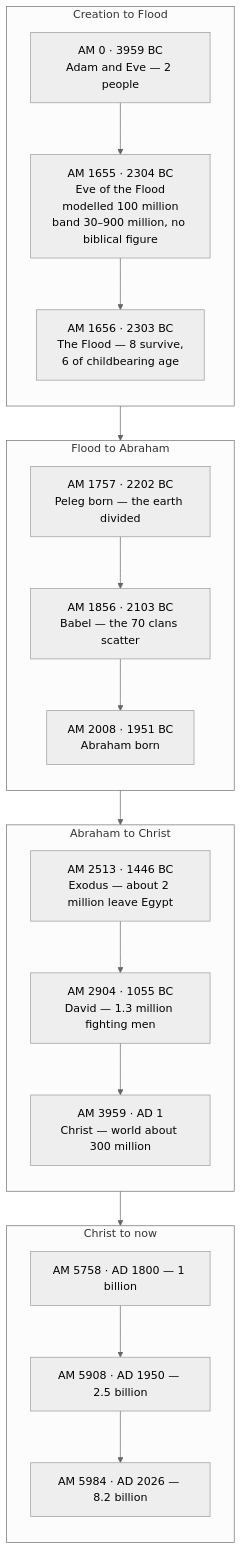
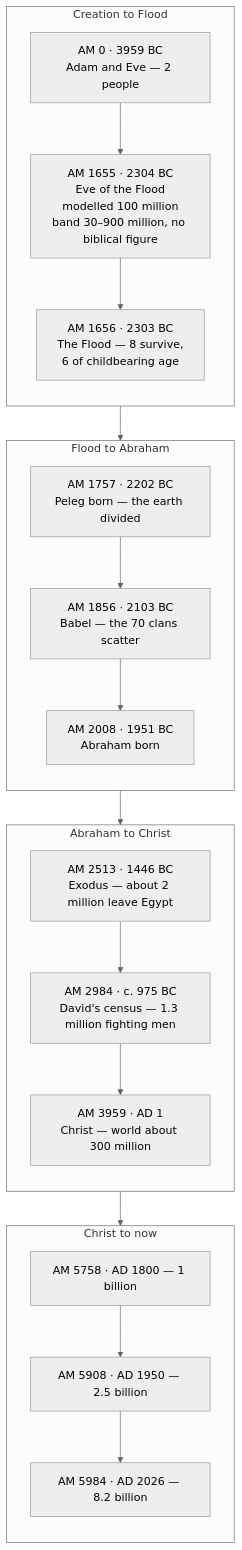
One commit to ding0t/bible_studies changed the first of 3 diagrams in docs/content/god/world-population-declares-gods-creation-and-biblical-truth.md. Above: the diagram before and after it, drawn with Mermaid (neutral theme). The commit also changed other lines of this file and 18 other files, not shown here.

First line of the commit message:
feat(chronology): put the studies and the timeline on one line

````diff
--- a/docs/content/god/world-population-declares-gods-creation-and-biblical-truth.md
+++ b/docs/content/god/world-population-declares-gods-creation-and-biblical-truth.md
@@ -386,26 +386,26 @@
 ```mermaid
 flowchart TD
     subgraph a["Creation to Flood"]
       direction TB
       A["AM 0 · 3959 BC<br/>Adam and Eve — 2 people"] --> B["AM 1655 · 2304 BC<br/>Eve of the Flood<br/>modelled 100 million<br/>band 30–900 million, no biblical figure"]
       B --> C["AM 1656 · 2303 BC<br/>The Flood — 8 survive,<br/>6 of childbearing age"]
     end
     subgraph b["Flood to Abraham"]
       direction TB
       D["AM 1757 · 2202 BC<br/>Peleg born — the earth divided"] --> E["AM 1856 · 2103 BC<br/>Babel — the 70 clans scatter"]
       E --> F["AM 2008 · 1951 BC<br/>Abraham born"]
     end
     subgraph c["Abraham to Christ"]
       direction TB
-      G["AM 2513 · 1446 BC<br/>Exodus — about 2 million leave Egypt"] --> H["AM 2904 · 1055 BC<br/>David — 1.3 million fighting men"]
+      G["AM 2513 · 1446 BC<br/>Exodus — about 2 million leave Egypt"] --> H["AM 2984 · c. 975 BC<br/>David's census — 1.3 million fighting men"]
       H --> I["AM 3959 · AD 1<br/>Christ — world about 300 million"]
     end
     subgraph d["Christ to now"]
       direction TB
       J["AM 5758 · AD 1800 — 1 billion"] --> K["AM 5908 · AD 1950 — 2.5 billion"]
       K --> L["AM 5984 · AD 2026 — 8.2 billion"]
     end
     a --> b
     b --> c
     c --> d
 ```
````
